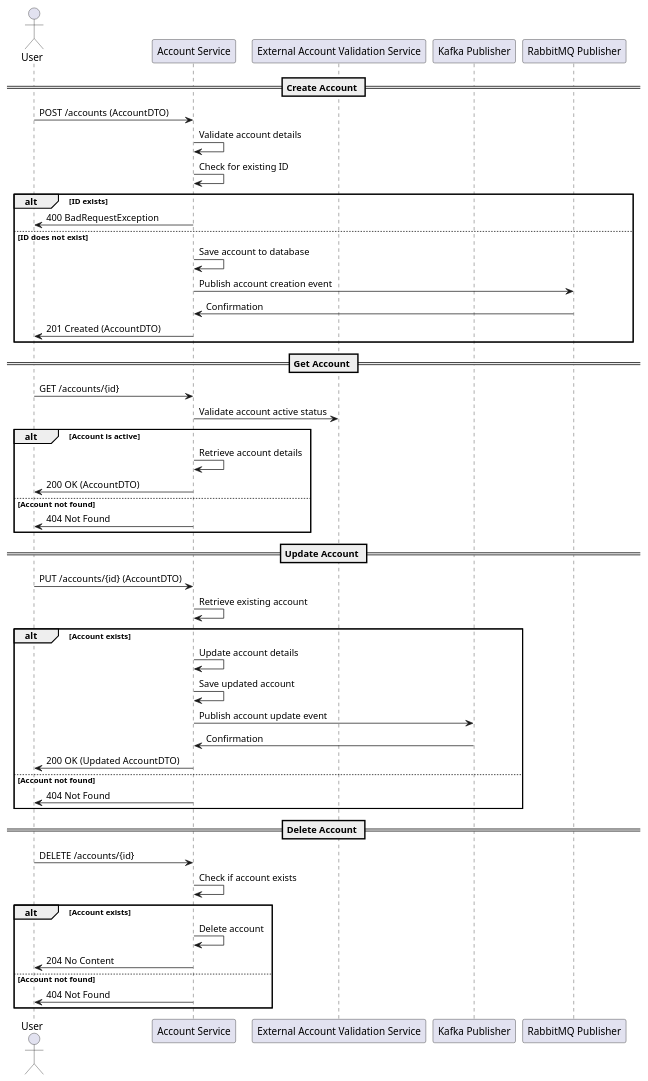
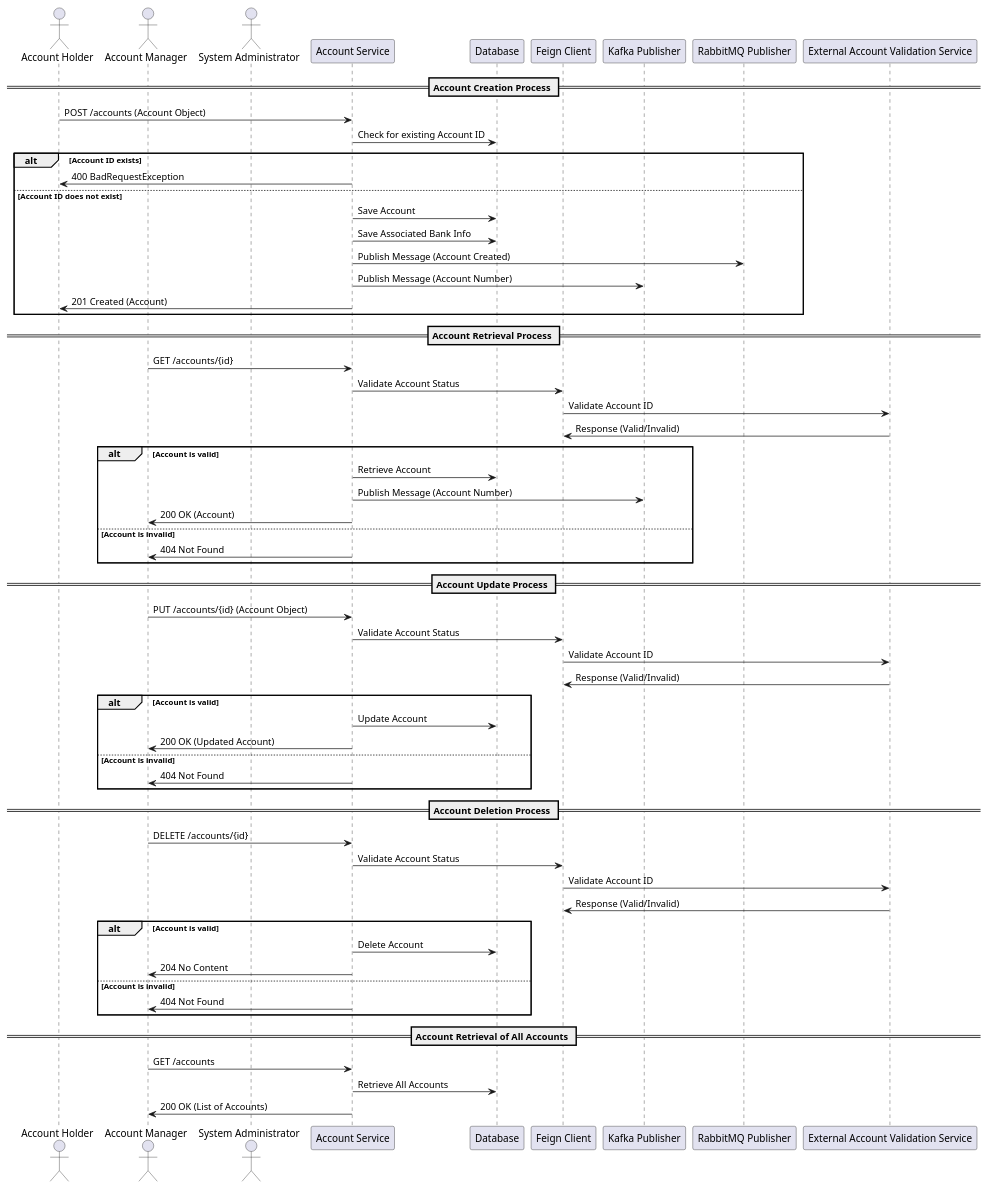
Before and after one commit to Bhaskar-Pavan/AccountService: the diagram in design_document/Account_service.md, drawn with PlantUML. The commit also changed other lines of this file, not shown here.

````diff
--- a/design_document/Account_service.md
+++ b/design_document/Account_service.md
@@ -48,56 +39,69 @@
 ```plantuml
 @startuml
-actor User
+actor "Account Holder" as AH
+actor "Account Manager" as AM
+actor "System Administrator" as SA
 participant "Account Service" as AS
-participant "External Account Validation Service" as EAVS
+participant "Database" as DB
+participant "Feign Client" as FC
 participant "Kafka Publisher" as KP
 participant "RabbitMQ Publisher" as RP
+participant "External Account Validation Service" as EAVS
 
-== Create Account ==
-User -> AS : POST /accounts (AccountDTO)
-AS -> AS : Validate account details
-AS -> AS : Check for existing ID
-alt ID exists
-    AS -> User : 400 BadRequestException
-else ID does not exist
-    AS -> AS : Save account to database
-    AS -> RP : Publish account creation event
-    RP -> AS : Confirmation
-    AS -> User : 201 Created (AccountDTO)
+== Account Creation Process ==
+AH -> AS : POST /accounts (Account Object)
+AS -> DB : Check for existing Account ID
+alt Account ID exists
+    AS -> AH : 400 BadRequestException
+else Account ID does not exist
+    AS -> DB : Save Account
+    AS -> DB : Save Associated Bank Info
+    AS -> RP : Publish Message (Account Created)
+    AS -> KP : Publish Message (Account Number)
+    AS -> AH : 201 Created (Account)
 end
 
-== Get Account ==
-User -> AS : GET /accounts/{id}
-AS -> EAVS : Validate account active status
-alt Account is active
-    AS -> AS : Retrieve account details
-    AS -> User : 200 OK (AccountDTO)
-else Account not found
-    AS -> User : 404 Not Found
+== Account Retrieval Process ==
+AM -> AS : GET /accounts/{id}
+AS -> FC : Validate Account Status
+FC -> EAVS : Validate Account ID
+EAVS -> FC : Response (Valid/Invalid)
+alt Account is valid
+    AS -> DB : Retrieve Account
+    AS -> KP : Publish Message (Account Number)
+    AS -> AM : 200 OK (Account)
+else Account is invalid
+    AS -> AM : 404 Not Found
 end
 
-== Update Account ==
-User -> AS : PUT /accounts/{id} (AccountDTO)
-AS -> AS : Retrieve existing account
-alt Account exists
-    AS -> AS : Update account details
-    AS -> AS : Save updated account
-    AS -> KP : Publish account update event
-    KP -> AS : Confirmation
-    AS -> User : 200 OK (Updated AccountDTO)
-else Account not found
-    AS -> User : 404 Not Found
+== Account Update Process ==
+AM -> AS : PUT /accounts/{id} (Account Object)
+AS -> FC : Validate Account Status
+FC -> EAVS : Validate Account ID
+EAVS -> FC : Response (Valid/Invalid)
+alt Account is valid
+    AS -> DB : Update Account
+    AS -> AM : 200 OK (Updated Account)
+else Account is invalid
+    AS -> AM : 404 Not Found
 end
 
-== Delete Account ==
-User -> AS : DELETE /accounts/{id}
-AS -> AS : Check if account exists
-alt Account exists
-    AS -> AS : Delete account
-    AS -> User : 204 No Content
-else Account not found
-    AS -> User : 404 Not Found
+== Account Deletion Process ==
+AM -> AS : DELETE /accounts/{id}
+AS -> FC : Validate Account Status
+FC -> EAVS : Validate Account ID
+EAVS -> FC : Response (Valid/Invalid)
+alt Account is valid
+    AS -> DB : Delete Account
+    AS -> AM : 204 No Content
+else Account is invalid
+    AS -> AM : 404 Not Found
 end
+
+== Account Retrieval of All Accounts ==
+AM -> AS : GET /accounts
+AS -> DB : Retrieve All Accounts
+AS -> AM : 200 OK (List of Accounts)
 
 @enduml
 ```
````
